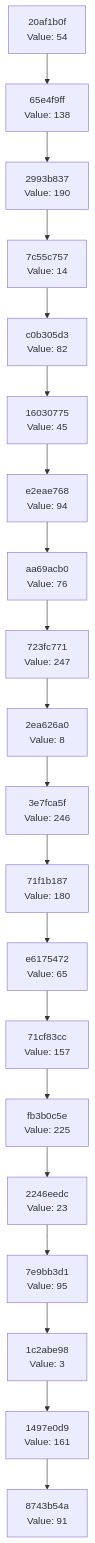
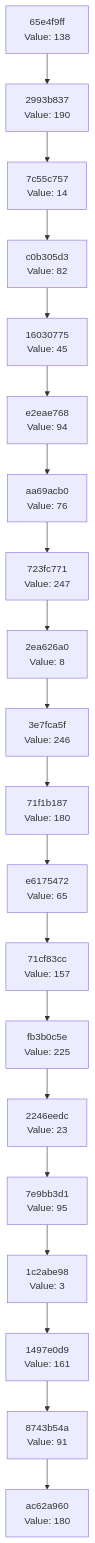
One commit to Abhisheksinha1506/hash-chain-evolver changed the diagram in docs/CHAIN_VISUALIZATION.md. Above: the diagram before and after it, drawn with Mermaid. The commit also changed 3 other files, not shown here.

````diff
--- a/docs/CHAIN_VISUALIZATION.md
+++ b/docs/CHAIN_VISUALIZATION.md
@@ -3,42 +3,42 @@
 ```mermaid
 graph TD
-    C0["8743b54a<br/>Value: 91"]
-    C1["1497e0d9<br/>Value: 161"]
+    C0["ac62a960<br/>Value: 180"]
+    C1["8743b54a<br/>Value: 91"]
     C1 --> C0
-    C2["1c2abe98<br/>Value: 3"]
+    C2["1497e0d9<br/>Value: 161"]
     C2 --> C1
-    C3["7e9bb3d1<br/>Value: 95"]
+    C3["1c2abe98<br/>Value: 3"]
     C3 --> C2
-    C4["2246eedc<br/>Value: 23"]
+    C4["7e9bb3d1<br/>Value: 95"]
     C4 --> C3
-    C5["fb3b0c5e<br/>Value: 225"]
+    C5["2246eedc<br/>Value: 23"]
     C5 --> C4
-    C6["71cf83cc<br/>Value: 157"]
+    C6["fb3b0c5e<br/>Value: 225"]
     C6 --> C5
-    C7["e6175472<br/>Value: 65"]
+    C7["71cf83cc<br/>Value: 157"]
     C7 --> C6
-    C8["71f1b187<br/>Value: 180"]
+    C8["e6175472<br/>Value: 65"]
     C8 --> C7
-    C9["3e7fca5f<br/>Value: 246"]
+    C9["71f1b187<br/>Value: 180"]
     C9 --> C8
-    C10["2ea626a0<br/>Value: 8"]
+    C10["3e7fca5f<br/>Value: 246"]
     C10 --> C9
-    C11["723fc771<br/>Value: 247"]
+    C11["2ea626a0<br/>Value: 8"]
     C11 --> C10
-    C12["aa69acb0<br/>Value: 76"]
+    C12["723fc771<br/>Value: 247"]
     C12 --> C11
-    C13["e2eae768<br/>Value: 94"]
+    C13["aa69acb0<br/>Value: 76"]
     C13 --> C12
-    C14["16030775<br/>Value: 45"]
+    C14["e2eae768<br/>Value: 94"]
     C14 --> C13
-    C15["c0b305d3<br/>Value: 82"]
+    C15["16030775<br/>Value: 45"]
     C15 --> C14
-    C16["7c55c757<br/>Value: 14"]
+    C16["c0b305d3<br/>Value: 82"]
     C16 --> C15
-    C17["2993b837<br/>Value: 190"]
+    C17["7c55c757<br/>Value: 14"]
     C17 --> C16
-    C18["65e4f9ff<br/>Value: 138"]
+    C18["2993b837<br/>Value: 190"]
     C18 --> C17
-    C19["20af1b0f<br/>Value: 54"]
+    C19["65e4f9ff<br/>Value: 138"]
     C19 --> C18
 ```
````
